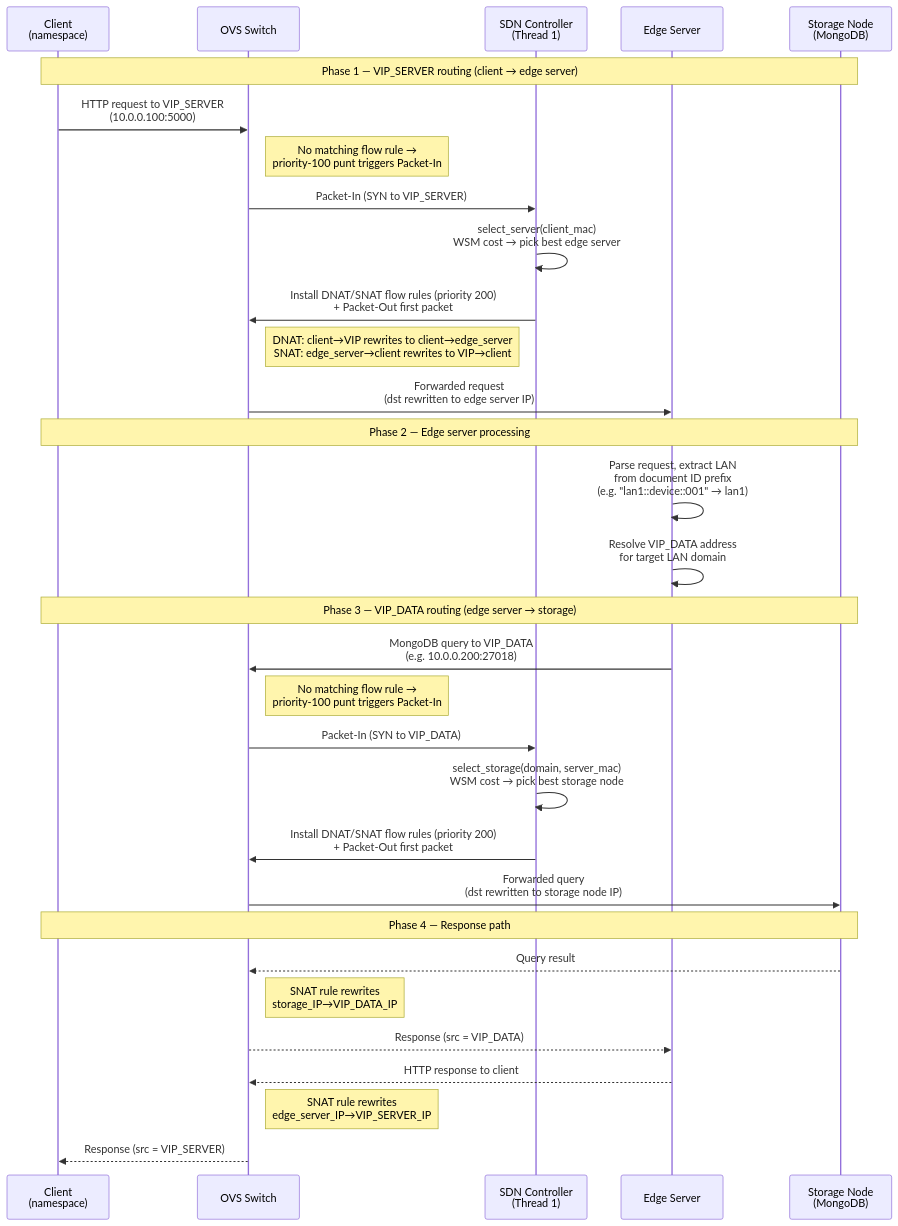
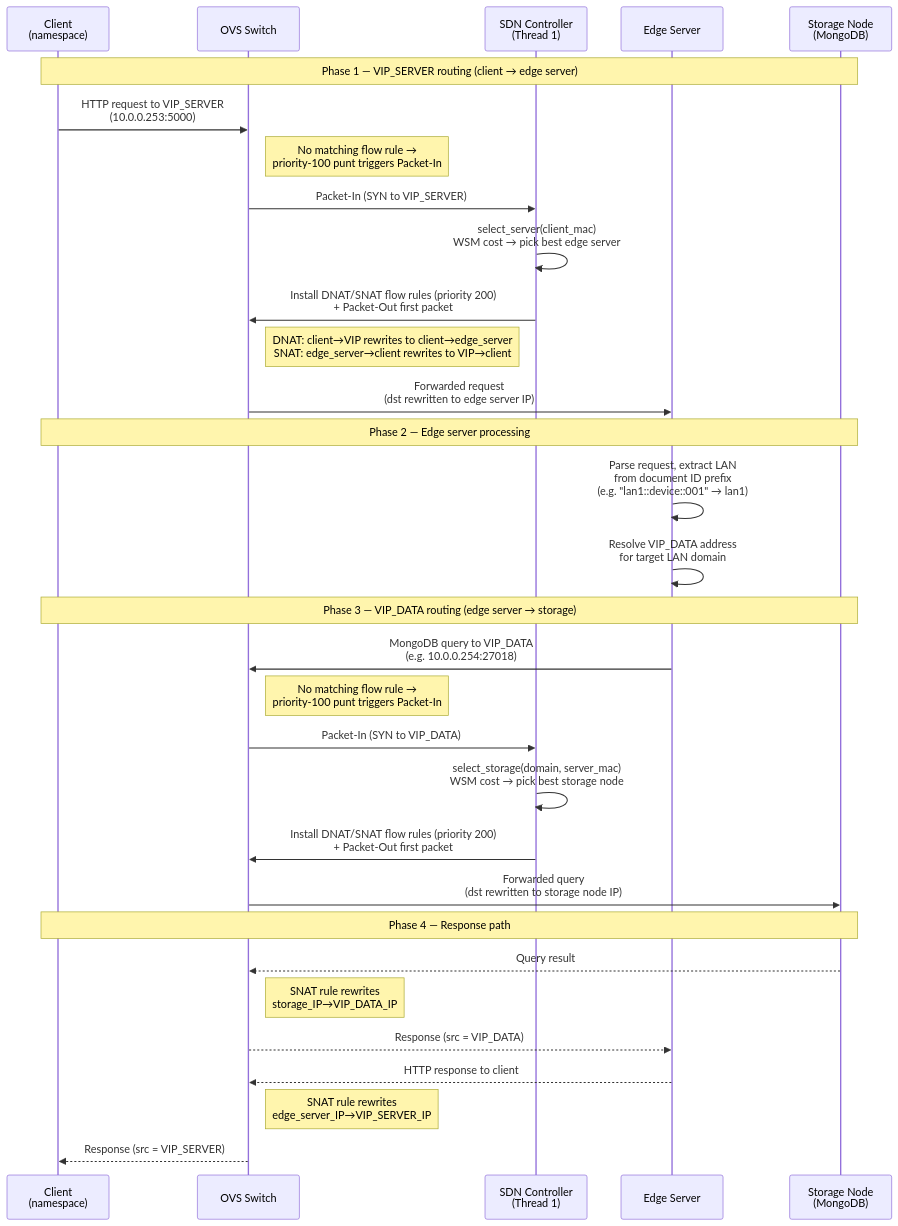
The diagram in docs/diagrams/vip_routing_sequence.md (poioe20p/efficient-storage-in-edge-scenarios), drawn with Mermaid before and after one commit. The commit also changed 94 other files, not shown here.

````diff
--- a/docs/diagrams/vip_routing_sequence.md
+++ b/docs/diagrams/vip_routing_sequence.md
@@ -1,41 +1,41 @@
 ```mermaid
 sequenceDiagram
     participant C as Client<br/>(namespace)
     participant S as OVS Switch
     participant Ctrl as SDN Controller<br/>(Thread 1)
     participant ES as Edge Server
     participant DB as Storage Node<br/>(MongoDB)
 
     Note over C,DB: Phase 1 — VIP_SERVER routing (client → edge server)
 
-    C->>S: HTTP request to VIP_SERVER<br/>(10.0.0.100:5000)
+    C->>S: HTTP request to VIP_SERVER<br/>(10.0.0.253:5000)
     Note right of S: No matching flow rule →<br/>priority-100 punt triggers Packet-In
     S->>Ctrl: Packet-In (SYN to VIP_SERVER)
     Ctrl->>Ctrl: select_server(client_mac)<br/>WSM cost → pick best edge server
     Ctrl->>S: Install DNAT/SNAT flow rules (priority 200)<br/>+ Packet-Out first packet
     Note right of S: DNAT: client→VIP rewrites to client→edge_server<br/>SNAT: edge_server→client rewrites to VIP→client
     S->>ES: Forwarded request<br/>(dst rewritten to edge server IP)
 
     Note over C,DB: Phase 2 — Edge server processing
 
     ES->>ES: Parse request, extract LAN<br/>from document ID prefix<br/>(e.g. "lan1::device::001" → lan1)
     ES->>ES: Resolve VIP_DATA address<br/>for target LAN domain
 
     Note over C,DB: Phase 3 — VIP_DATA routing (edge server → storage)
 
-    ES->>S: MongoDB query to VIP_DATA<br/>(e.g. 10.0.0.200:27018)
+    ES->>S: MongoDB query to VIP_DATA<br/>(e.g. 10.0.0.254:27018)
     Note right of S: No matching flow rule →<br/>priority-100 punt triggers Packet-In
     S->>Ctrl: Packet-In (SYN to VIP_DATA)
     Ctrl->>Ctrl: select_storage(domain, server_mac)<br/>WSM cost → pick best storage node
     Ctrl->>S: Install DNAT/SNAT flow rules (priority 200)<br/>+ Packet-Out first packet
     S->>DB: Forwarded query<br/>(dst rewritten to storage node IP)
 
     Note over C,DB: Phase 4 — Response path
 
     DB-->>S: Query result
     Note right of S: SNAT rule rewrites<br/>storage_IP→VIP_DATA_IP
     S-->>ES: Response (src = VIP_DATA)
     ES-->>S: HTTP response to client
     Note right of S: SNAT rule rewrites <br/>edge_server_IP→VIP_SERVER_IP
     S-->>C: Response (src = VIP_SERVER)
 ```
````
